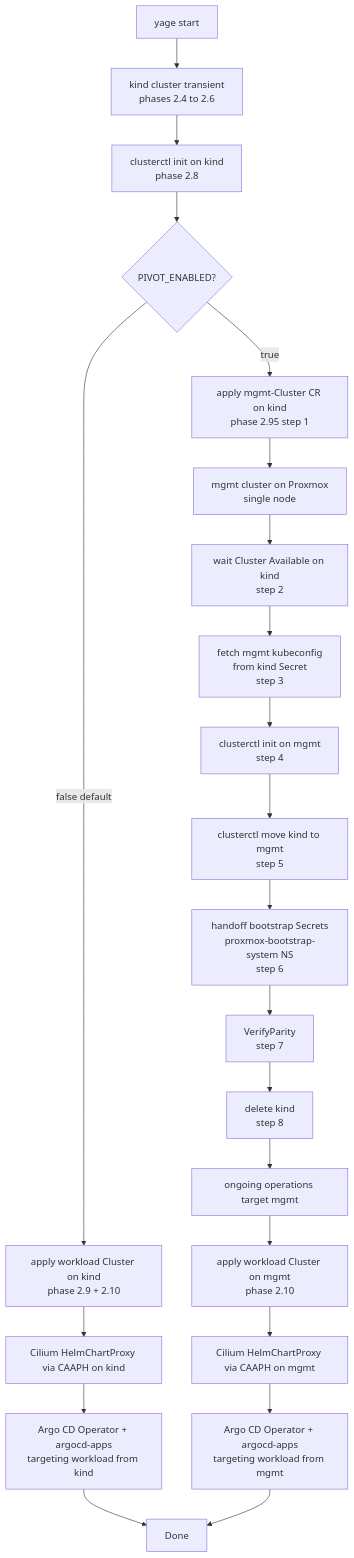
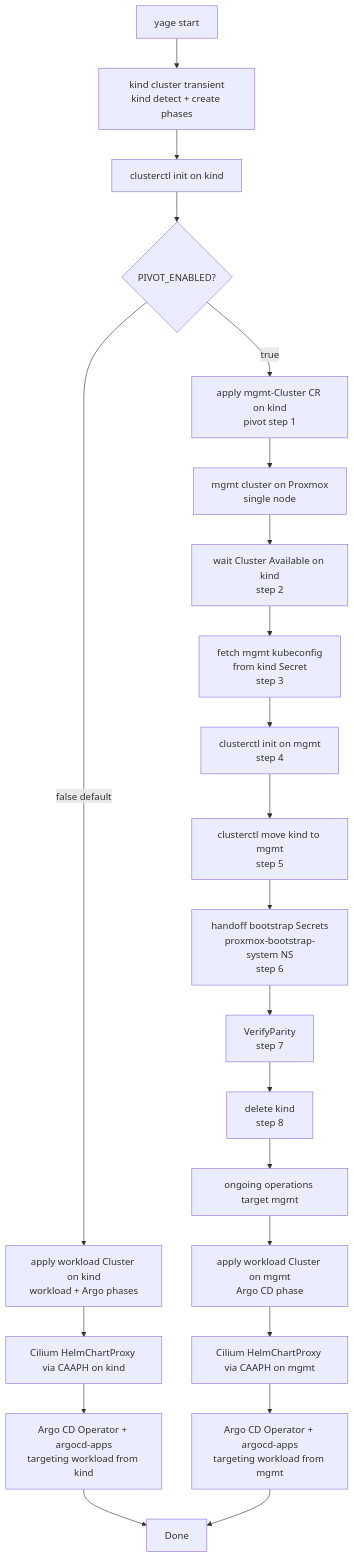
Before and after one commit to lpasquali/yage: the fifth of 7 diagrams in docs/ARCHITECTURE.md, drawn with Mermaid. The commit also changed other lines of this file and 141 other files, not shown here.

````diff
--- a/docs/ARCHITECTURE.md
+++ b/docs/ARCHITECTURE.md
@@ -410,27 +406,27 @@
 ```mermaid
 flowchart TD
-    START[yage start] --> KIND[kind cluster transient<br/>phases 2.4 to 2.6]
-    KIND --> PROV[clusterctl init on kind<br/>phase 2.8]
+    START[yage start] --> KIND[kind cluster transient<br/>kind detect + create phases]
+    KIND --> PROV[clusterctl init on kind]
     PROV --> BRANCH{PIVOT_ENABLED?}
 
-    BRANCH -- false default --> WLKIND[apply workload Cluster on kind<br/>phase 2.9 + 2.10]
+    BRANCH -- false default --> WLKIND[apply workload Cluster on kind<br/>workload + Argo phases]
     WLKIND --> CILIUMK[Cilium HelmChartProxy via CAAPH on kind]
     CILIUMK --> ARGOK[Argo CD Operator + argocd-apps<br/>targeting workload from kind]
 
-    BRANCH -- true --> MGMTAPPLY[apply mgmt-Cluster CR on kind<br/>phase 2.95 step 1]
+    BRANCH -- true --> MGMTAPPLY[apply mgmt-Cluster CR on kind<br/>pivot step 1]
     MGMTAPPLY --> MGMT[mgmt cluster on Proxmox<br/>single node]
     MGMT --> WAIT[wait Cluster Available on kind<br/>step 2]
     WAIT --> KCFG[fetch mgmt kubeconfig<br/>from kind Secret<br/>step 3]
     KCFG --> INIT[clusterctl init on mgmt<br/>step 4]
     INIT --> MOVE[clusterctl move kind to mgmt<br/>step 5]
     MOVE --> HANDOFF[handoff bootstrap Secrets<br/>proxmox-bootstrap-system NS<br/>step 6]
     HANDOFF --> VERIFY[VerifyParity<br/>step 7]
     VERIFY --> TEARDOWN[delete kind<br/>step 8]
     TEARDOWN --> ONGOING[ongoing operations target mgmt]
-    ONGOING --> WLMGMT[apply workload Cluster on mgmt<br/>phase 2.10]
+    ONGOING --> WLMGMT[apply workload Cluster on mgmt<br/>Argo CD phase]
     WLMGMT --> CILIUMW[Cilium HelmChartProxy via CAAPH on mgmt]
     CILIUMW --> ARGOW[Argo CD Operator + argocd-apps<br/>targeting workload from mgmt]
 
     ARGOK --> DONE[Done]
     ARGOW --> DONE
 ```
````
